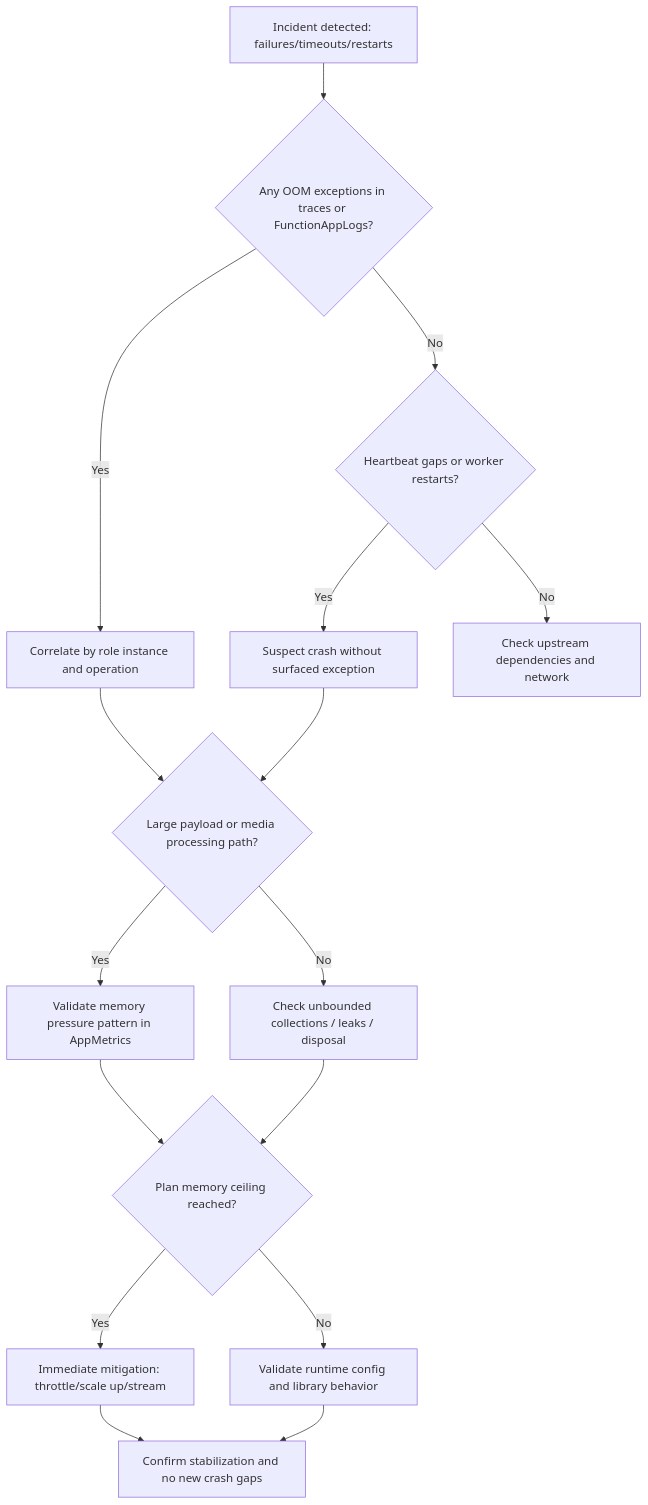
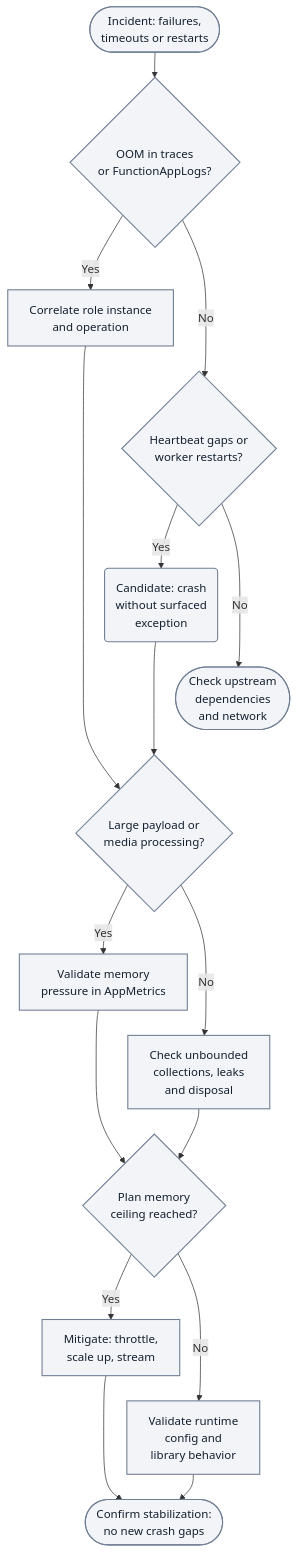
The first of 4 diagrams in docs/troubleshooting/playbooks/scaling/out-of-memory-worker-crash.md (yeongseon/azure-functions-practical-guide), drawn with Mermaid before and after one commit. The commit also changed other lines of this file, not shown here.

First line of the commit message:
docs(diagrams): clarify memory pressure diagnostic views

````diff
--- a/docs/troubleshooting/playbooks/scaling/out-of-memory-worker-crash.md
+++ b/docs/troubleshooting/playbooks/scaling/out-of-memory-worker-crash.md
@@ -84,18 +85,29 @@
 ```mermaid
+%%{init: {'flowchart': {'nodeSpacing': 10, 'rankSpacing': 35}}}%%
 flowchart TD
-    A["Incident detected: failures/timeouts/restarts"] --> B{Any OOM exceptions in traces or FunctionAppLogs?}
-    B -->|Yes| C[Correlate by role instance and operation]
-    B -->|No| D{Heartbeat gaps or worker restarts?}
-    D -->|Yes| E[Suspect crash without surfaced exception]
-    D -->|No| F[Check upstream dependencies and network]
-    C --> G{Large payload or media processing path?}
+    accTitle: Memory pressure and worker crash triage
+    accDescr: Illustrative checks distinguish OOM exceptions, restart gaps, payload or media paths, collection and disposal checks, memory ceilings and runtime behavior. Yes/No branches select investigations, not proven diagnoses.
+    A(["Incident: failures,<br/>timeouts or restarts"]) --> B{"OOM in traces<br/>or FunctionAppLogs?"}
+    B -->|Yes| C["Correlate role instance<br/>and operation"]
+    B -->|No| D{"Heartbeat gaps or<br/>worker restarts?"}
+    D -->|Yes| E("Candidate: crash<br/>without surfaced<br/>exception")
+    D -->|No| F(["Check upstream<br/>dependencies<br/>and network"])
+    C --> G{"Large payload or<br/>media processing?"}
     E --> G
-    G -->|Yes| H[Validate memory pressure pattern in AppMetrics]
-    G -->|No| I["Check unbounded collections / leaks / disposal"]
-    H --> J{Plan memory ceiling reached?}
+    G -->|Yes| H["Validate memory<br/>pressure in AppMetrics"]
+    G -->|No| I["Check unbounded<br/>collections, leaks<br/>and disposal"]
+    H --> J{"Plan memory<br/>ceiling reached?"}
     I --> J
-    J -->|Yes| K["Immediate mitigation: throttle/scale up/stream"]
-    J -->|No| L[Validate runtime config and library behavior]
-    K --> M[Confirm stabilization and no new crash gaps]
+    J -->|Yes| K["Mitigate: throttle,<br/>scale up, stream"]
+    J -->|No| L["Validate runtime<br/>config and<br/>library behavior"]
+    K --> M(["Confirm stabilization:<br/>no new crash gaps"])
     L --> M
+    %% Layout-only links tier branches; they add no diagnostic steps or arrows.
+    C ~~~ D
+    E ~~~ F
+    F ~~~ G
+    H ~~~ I
+    K ~~~ L
+    classDef neutral fill:#f2f4f8,stroke:#707e93,stroke-width:1.5px,color:#14202e;
+    class A,B,C,D,E,F,G,H,I,J,K,L,M neutral;
 ```
````
